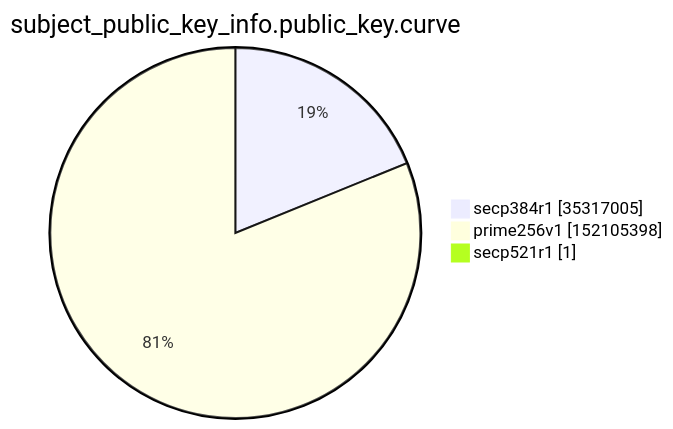
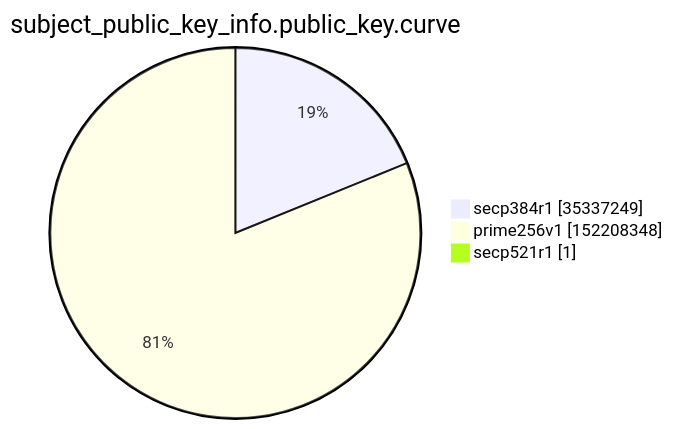
One commit to christiankrug/ctmonitor_visualization changed the ninth of 15 diagrams in argon2022/README.md. Above: the diagram before and after it, drawn with Mermaid. The commit also changed other lines of this file, not shown here.

````diff
--- a/argon2022/README.md
+++ b/argon2022/README.md
@@ -2765,7 +2765,7 @@
 ```mermaid
 pie showData
 title subject_public_key_info.public_key.curve
-"secp384r1" :35317005
-"prime256v1" :152105398
+"secp384r1" :35337249
+"prime256v1" :152208348
 "secp521r1" :1
 ```
````
